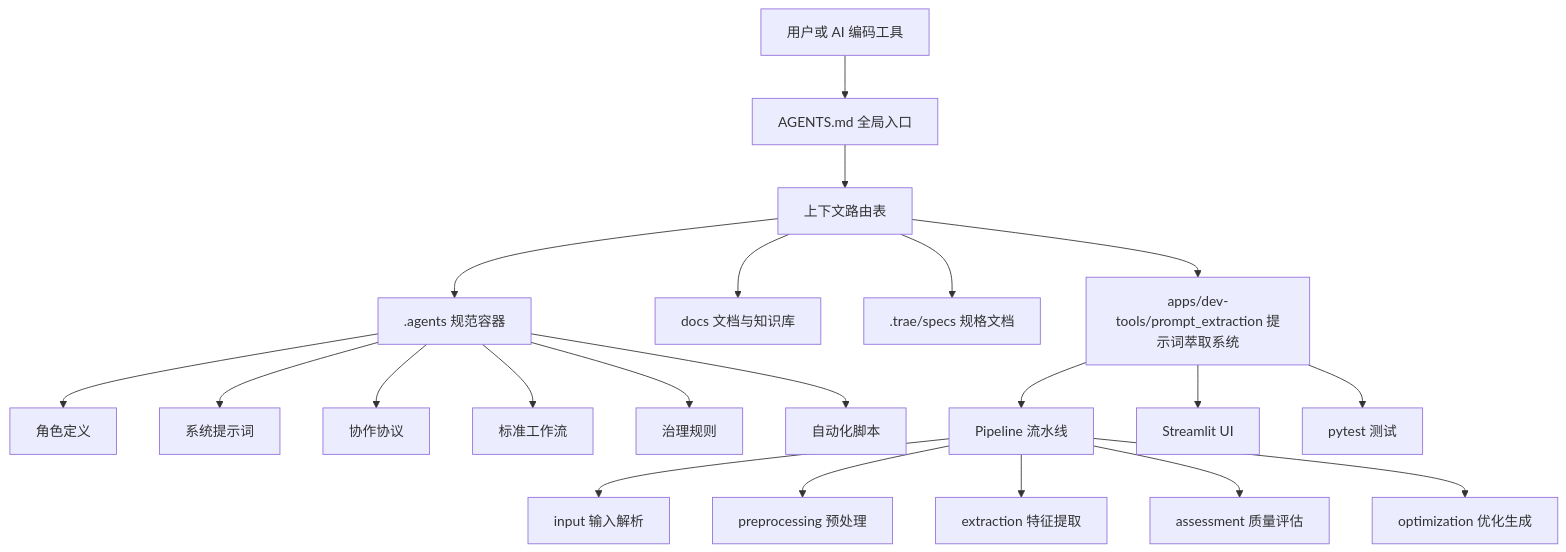
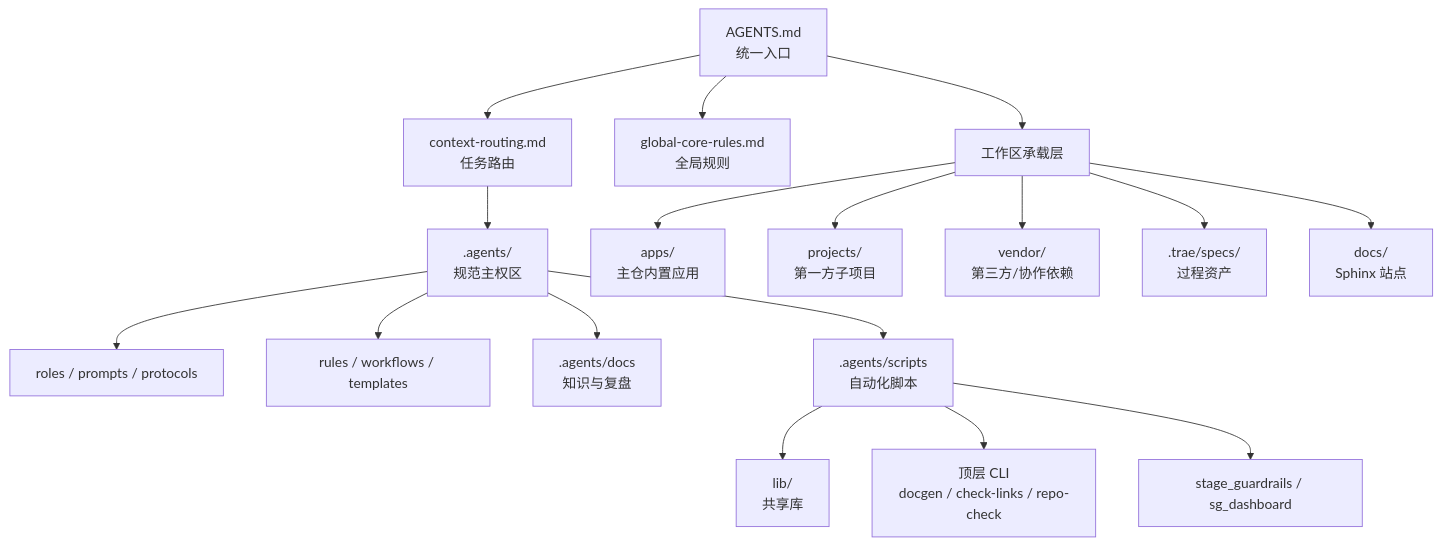
One commit to xinetzone/SpecWeave changed the first of 4 diagrams in .agents/docs/code-wiki/architecture.md. Above: the diagram before and after it, drawn with Mermaid. The commit also changed other lines of this file and 18 other files, not shown here.

````diff
--- a/.agents/docs/code-wiki/architecture.md
+++ b/.agents/docs/code-wiki/architecture.md
@@ -7,23 +26,22 @@
 ```mermaid
 flowchart TB
-    User["用户或 AI 编码工具"] --> Entry["AGENTS.md 全局入口"]
-    Entry --> Router["上下文路由表"]
-    Router --> Agents[".agents 规范容器"]
-    Router --> Docs["docs 文档与知识库"]
-    Router --> Specs[".trae/specs 规格文档"]
-    Router --> Prompt["apps/dev-tools/prompt_extraction 提示词萃取系统"]
-    Agents --> Roles["角色定义"]
-    Agents --> Prompts["系统提示词"]
-    Agents --> Protocols["协作协议"]
-    Agents --> Workflows["标准工作流"]
-    Agents --> Rules["治理规则"]
-    Agents --> Scripts["自动化脚本"]
-    Prompt --> Pipeline["Pipeline 流水线"]
-    Pipeline --> Input["input 输入解析"]
-    Pipeline --> Pre["preprocessing 预处理"]
-    Pipeline --> Extract["extraction 特征提取"]
-    Pipeline --> Assess["assessment 质量评估"]
-    Pipeline --> Optimize["optimization 优化生成"]
-    Prompt --> UI["Streamlit UI"]
-    Prompt --> Tests["pytest 测试"]
+    entry["AGENTS.md<br/>统一入口"] --> routing["context-routing.md<br/>任务路由"]
+    entry --> core_rules["global-core-rules.md<br/>全局规则"]
+
+    routing --> governance[".agents/<br/>规范主权区"]
+    governance --> roles["roles / prompts / protocols"]
+    governance --> rules["rules / workflows / templates"]
+    governance --> docs[".agents/docs<br/>知识与复盘"]
+    governance --> scripts[".agents/scripts<br/>自动化脚本"]
+
+    scripts --> shared["lib/<br/>共享库"]
+    scripts --> cli["顶层 CLI<br/>docgen / check-links / repo-check"]
+    scripts --> sg["stage_guardrails / sg_dashboard"]
+
+    entry --> workspace["工作区承载层"]
+    workspace --> apps["apps/<br/>主仓内置应用"]
+    workspace --> projects["projects/<br/>第一方子项目"]
+    workspace --> vendor["vendor/<br/>第三方/协作依赖"]
+    workspace --> specs[".trae/specs/<br/>过程资产"]
+    workspace --> site["docs/<br/>Sphinx 站点"]
 ```
````
